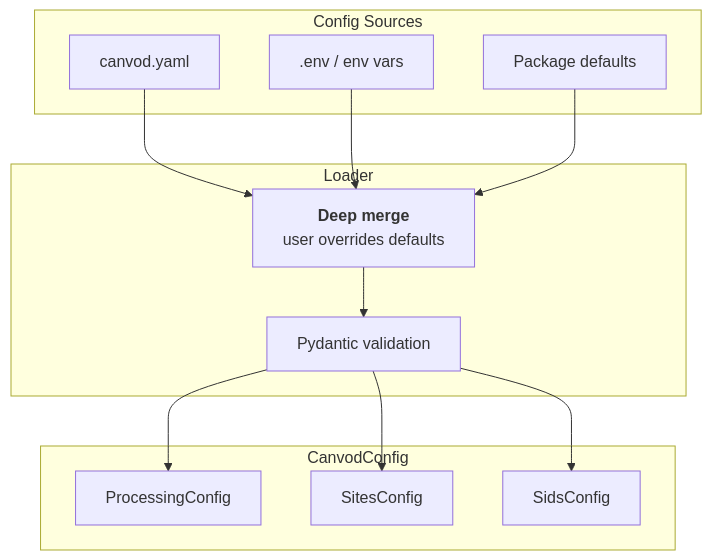
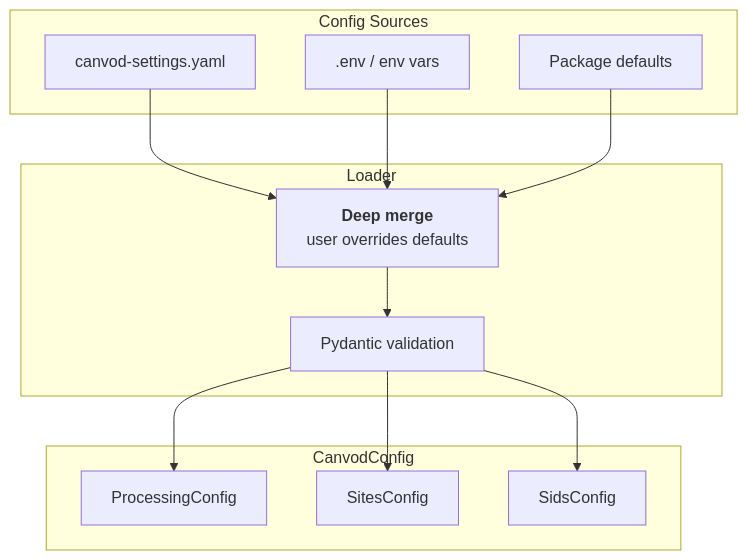
The second of 2 diagrams in docs/guides/architecture-design.md (nfb2021/canvodpy), drawn with Mermaid before and after one commit. The commit also changed other lines of this file and 55 other files, not shown here.

First line of the commit message:
refactor: rename canvod-filemap (was canvod-virtualiconvname), unify config to canvod-settings.yaml

````diff
--- a/docs/guides/architecture-design.md
+++ b/docs/guides/architecture-design.md
@@ -200,23 +200,23 @@
 ```mermaid
 flowchart TD
     subgraph FILES["Config Sources"]
-        YAML["canvod.yaml"]
+        YAML["canvod-settings.yaml"]
         ENV[".env / env vars"]
         DEF["Package defaults"]
     end
 
     subgraph LOAD["Loader"]
         MERGE["`**Deep merge**
         user overrides defaults`"]
         PYDANTIC["Pydantic validation"]
     end
 
     subgraph VALIDATED["CanvodConfig"]
         PC["ProcessingConfig"]
         SC["SitesConfig"]
         SIC["SidsConfig"]
     end
 
     YAML & ENV & DEF --> MERGE --> PYDANTIC
     PYDANTIC --> PC & SC & SIC
 ```
````
